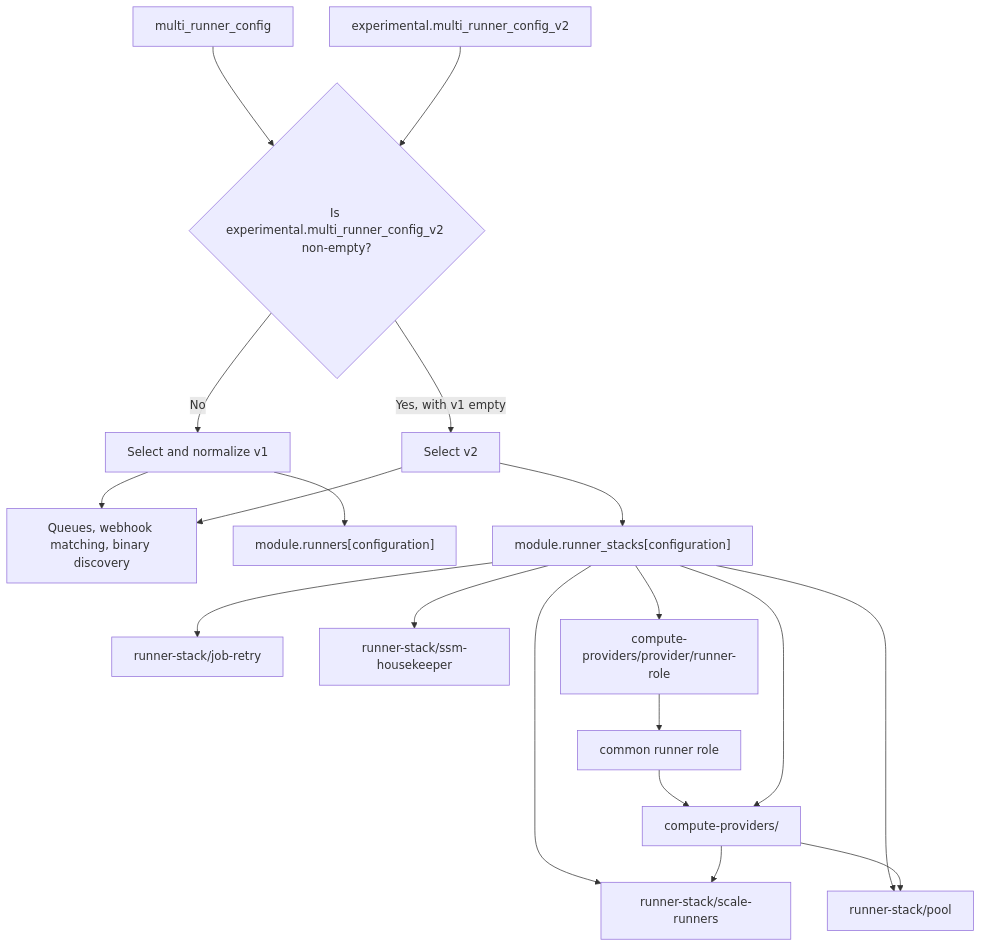
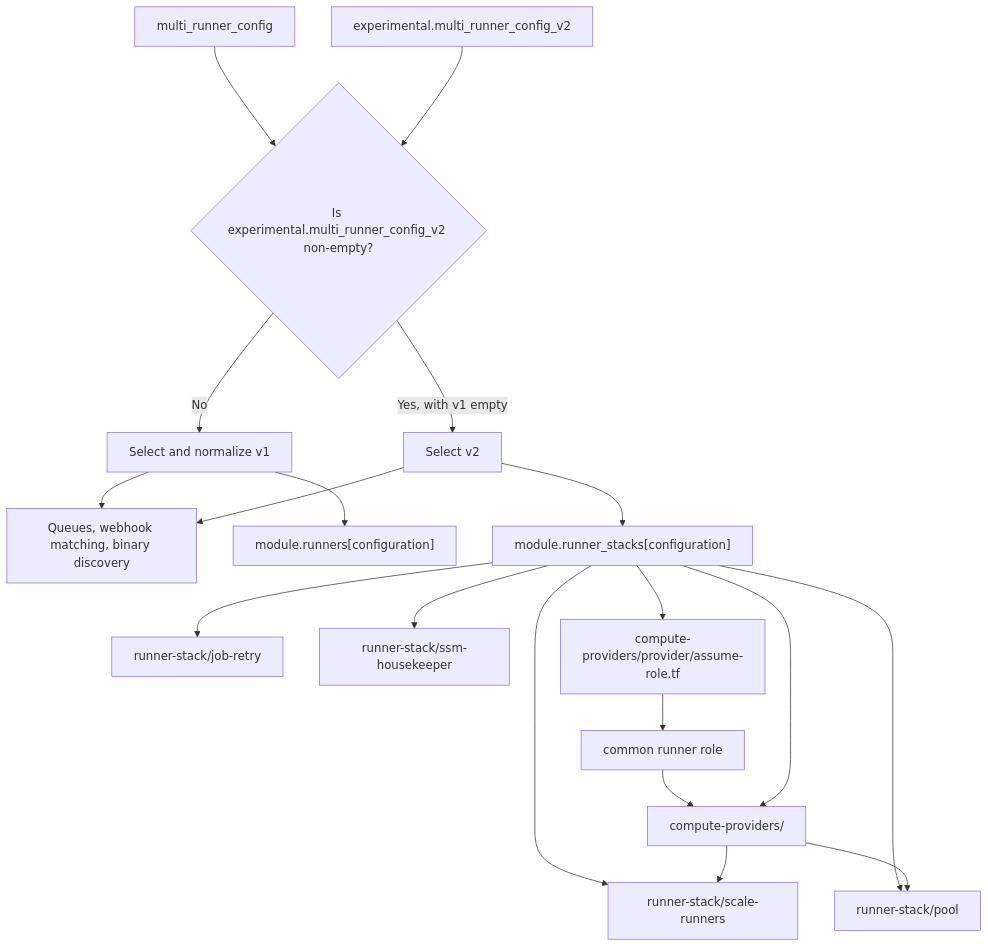
One commit to github-aws-runners/terraform-aws-github-runner changed the diagram in docs/modules/internal/compute-provider-refactor.md. Above: the diagram before and after it, drawn with Mermaid. The commit also changed other lines of this file and 28 other files, not shown here.

Commit message:
refactor(compute-providers): inline runner trust policies

````diff
--- a/docs/modules/internal/compute-provider-refactor.md
+++ b/docs/modules/internal/compute-provider-refactor.md
@@ -51,21 +50,21 @@
 ```mermaid
 flowchart TD
   Stable["multi_runner_config"] --> Select{"Is experimental.multi_runner_config_v2 non-empty?"}
   Experimental["experimental.multi_runner_config_v2"] --> Select
   Select -->|No| V1["Select and normalize v1"]
   Select -->|Yes, with v1 empty| V2["Select v2"]
   V1 --> Shared["Queues, webhook matching, binary discovery"]
   V2 --> Shared
   V1 --> Legacy["module.runners[configuration]"]
   V2 --> Stack["module.runner_stacks[configuration]"]
   Stack --> Scaling["runner-stack/scale-runners"]
   Stack --> Pool["runner-stack/pool"]
   Stack --> Retry["runner-stack/job-retry"]
   Stack --> Housekeeper["runner-stack/ssm-housekeeper"]
-  Stack --> Trust["compute-providers/provider/runner-role"]
+  Stack --> Trust["compute-providers/provider/assume-role.tf"]
   Trust --> Role["common runner role"]
   Role --> Provider
   Stack --> Provider["compute-providers/<provider>"]
   Provider --> Scaling
   Provider --> Pool
 ```
````
